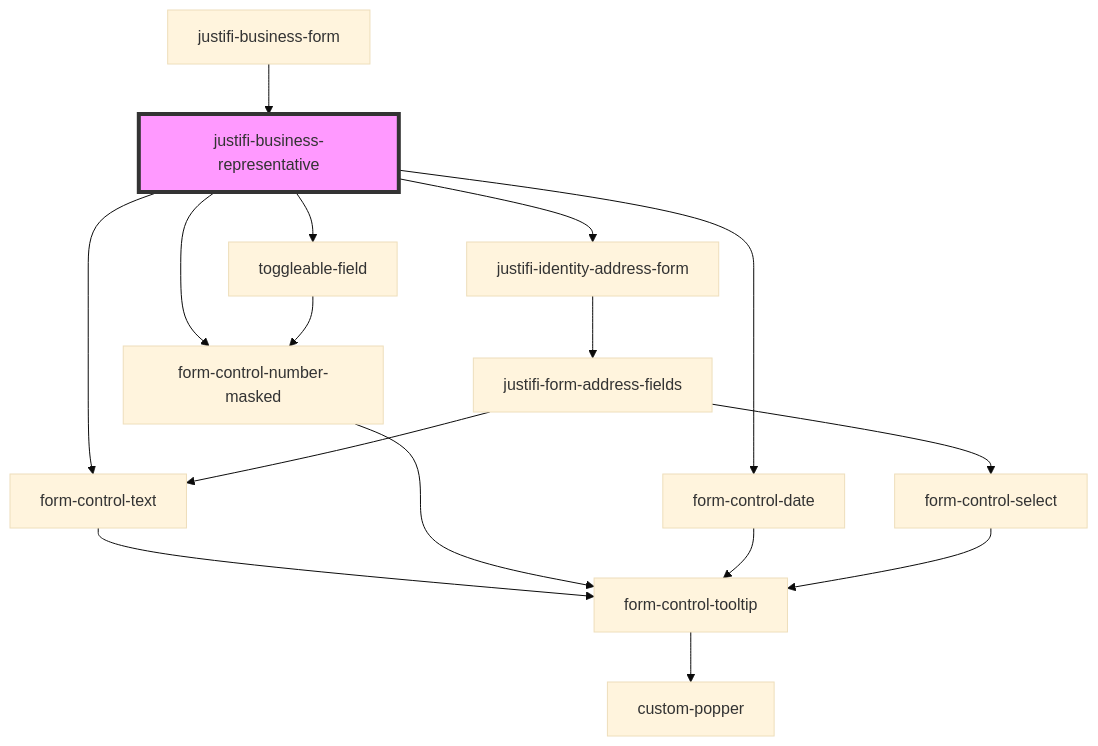
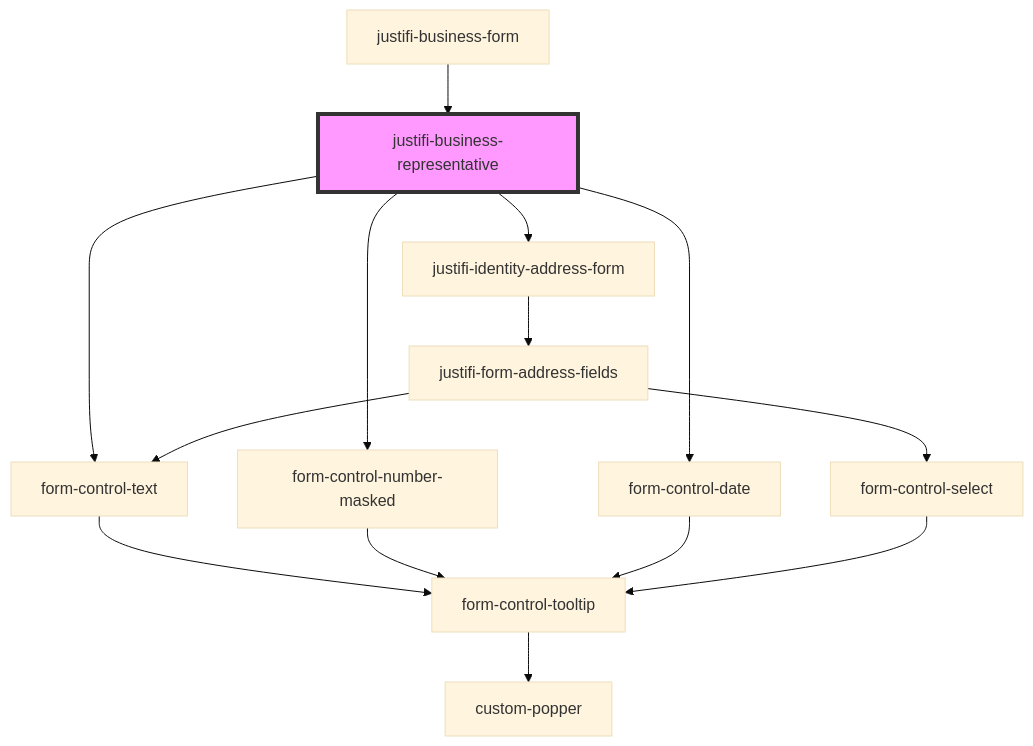
The diagram in packages/webcomponents/src/components/business-forms/business-form/business-representative/README.md (justifi-tech/web-component-library), drawn with Mermaid (base theme) before and after one commit. The commit also changed other lines of this file and 5 other files, not shown here.

Commit message:
Remove references to toggleable-field component from business forms documentation. Update graphs and component relationships accordingly for clarity and consistency.

````diff
--- a/packages/webcomponents/src/components/business-forms/business-form/business-representative/README.md
+++ b/packages/webcomponents/src/components/business-forms/business-form/business-representative/README.md
@@ -31,19 +30,17 @@
 ```mermaid
 graph TD;
   justifi-business-representative --> form-control-text
   justifi-business-representative --> form-control-number-masked
   justifi-business-representative --> form-control-date
-  justifi-business-representative --> toggleable-field
   justifi-business-representative --> justifi-identity-address-form
   form-control-text --> form-control-tooltip
   form-control-tooltip --> custom-popper
   form-control-number-masked --> form-control-tooltip
   form-control-date --> form-control-tooltip
-  toggleable-field --> form-control-number-masked
   justifi-identity-address-form --> justifi-form-address-fields
   justifi-form-address-fields --> form-control-text
   justifi-form-address-fields --> form-control-select
   form-control-select --> form-control-tooltip
   justifi-business-form --> justifi-business-representative
   style justifi-business-representative fill:#f9f,stroke:#333,stroke-width:4px
 ```
````
